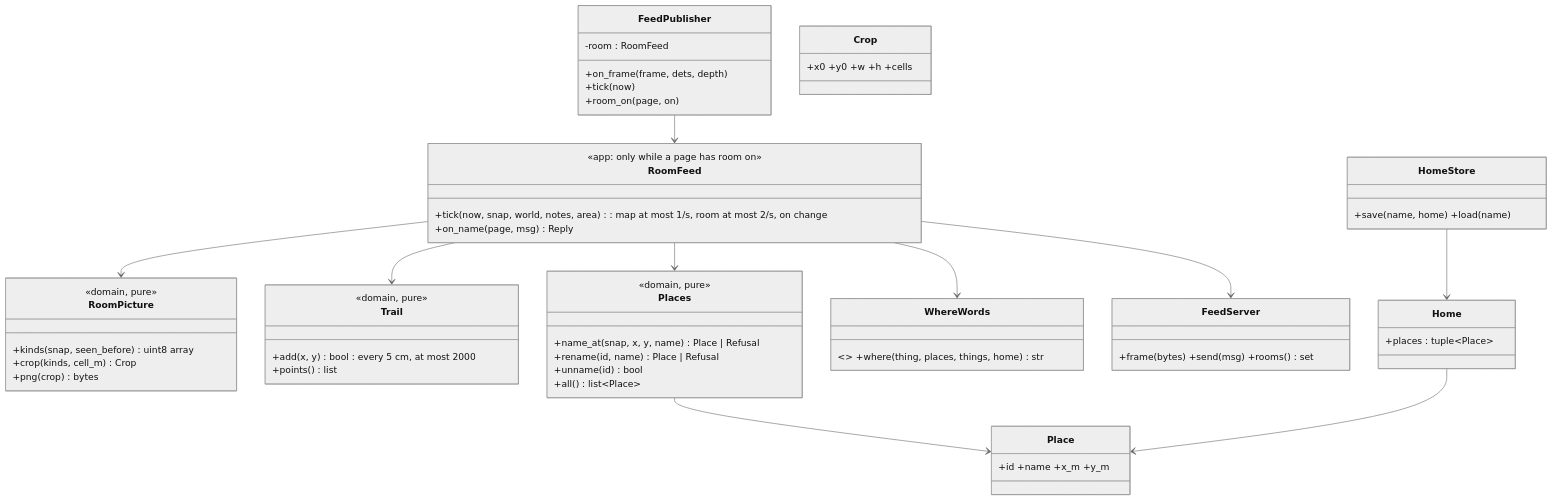
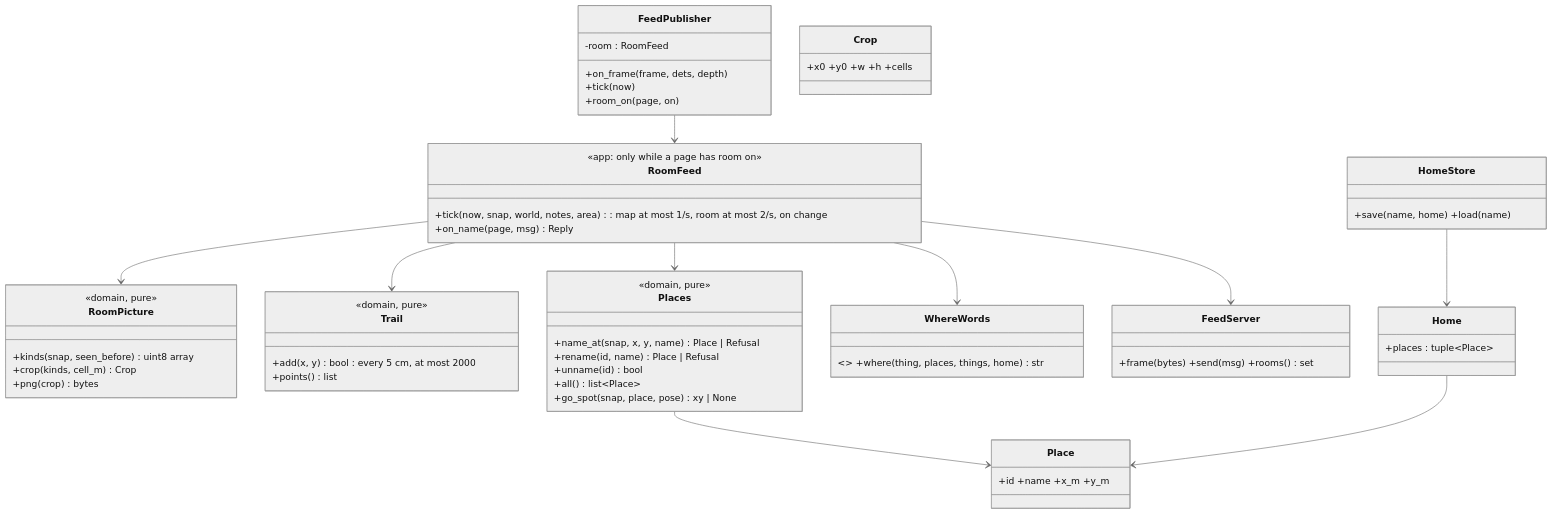
Diagram 54 of 56 in docs/lld/ai-engine-lld.md (mannuray/conqueror), drawn with Mermaid (neutral theme) before and after one commit. The commit also changed other lines of this file and 3 other files, not shown here.

````diff
--- a/docs/lld/ai-engine-lld.md
+++ b/docs/lld/ai-engine-lld.md
@@ -2797,47 +2798,48 @@
 ```mermaid
 classDiagram
   class FeedPublisher {
     +on_frame(frame, dets, depth)
     +tick(now)
     +room_on(page, on)
     -room : RoomFeed
   }
   class RoomFeed {
     <<app: only while a page has room on>>
     +tick(now, snap, world, notes, area) : map at most 1/s, room at most 2/s, on change
     +on_name(page, msg) Reply
   }
   class RoomPicture {
     <<domain, pure>>
     +kinds(snap, seen_before) uint8 array
     +crop(kinds, cell_m) Crop
     +png(crop) bytes
   }
   class Crop { +x0 +y0 +w +h +cells }
   class Trail {
     <<domain, pure>>
     +add(x, y) bool : every 5 cm, at most 2000
     +points() list
   }
   class Places {
     <<domain, pure>>
     +name_at(snap, x, y, name) Place | Refusal
     +rename(id, name) Place | Refusal
     +unname(id) bool
     +all() list~Place~
+    +go_spot(snap, place, pose) xy | None
   }
   class Place { +id +name +x_m +y_m }
   class WhereWords { <<domain, pure>> +where(thing, places, things, home) str }
   class FeedServer { +frame(bytes) +send(msg) +rooms() set }
   class HomeStore { +save(name, home) +load(name) }
   class Home { +places : tuple~Place~ }
   FeedPublisher --> RoomFeed
   RoomFeed --> RoomPicture
   RoomFeed --> Trail
   RoomFeed --> Places
   RoomFeed --> WhereWords
   RoomFeed --> FeedServer
   Places --> Place
   Home --> Place
   HomeStore --> Home
 ```
````
